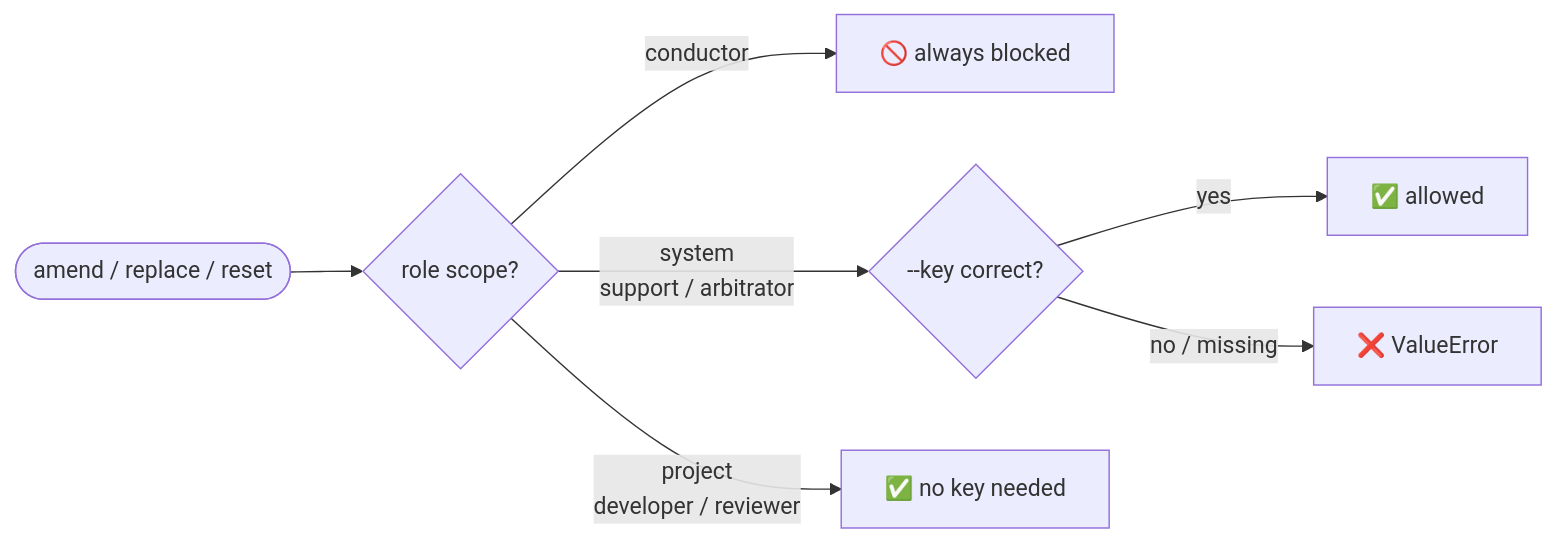
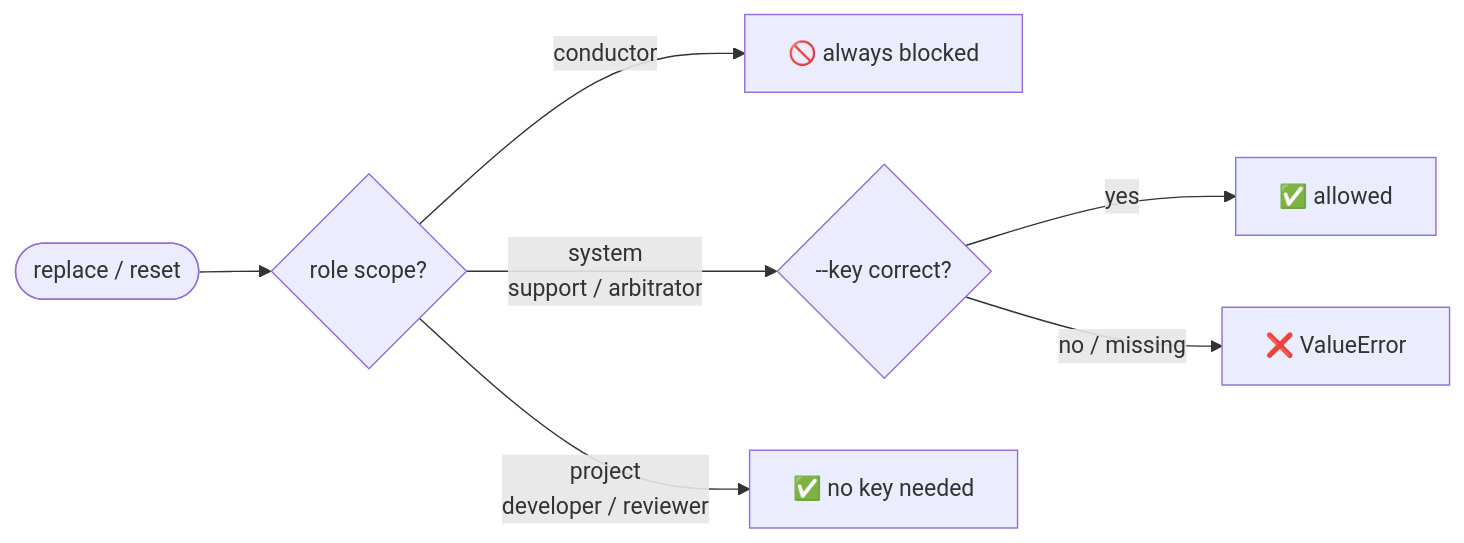
One commit to oliben67/copilot-conductor changed the fifth of 6 diagrams in src/python/con-pilot/README.md. Above: the diagram before and after it, drawn with Mermaid. The commit also changed other lines of this file and 1 other file, not shown here.

````diff
--- a/src/python/con-pilot/README.md
+++ b/src/python/con-pilot/README.md
@@ -277,10 +280,10 @@
 ```mermaid
 flowchart LR
-    CMD(["amend / replace / reset"])
+    CMD(["replace / reset"])
     CMD --> R{"role scope?"}
     R -->|"conductor"| BLK["🚫 always blocked"]
     R -->|"system\nsupport / arbitrator"| K{"--key correct?"}
     R -->|"project\ndeveloper / reviewer"| OK["✅ no key needed"]
     K -->|yes| OK2["✅ allowed"]
     K -->|no / missing| ERR["❌ ValueError"]
 ```
````
